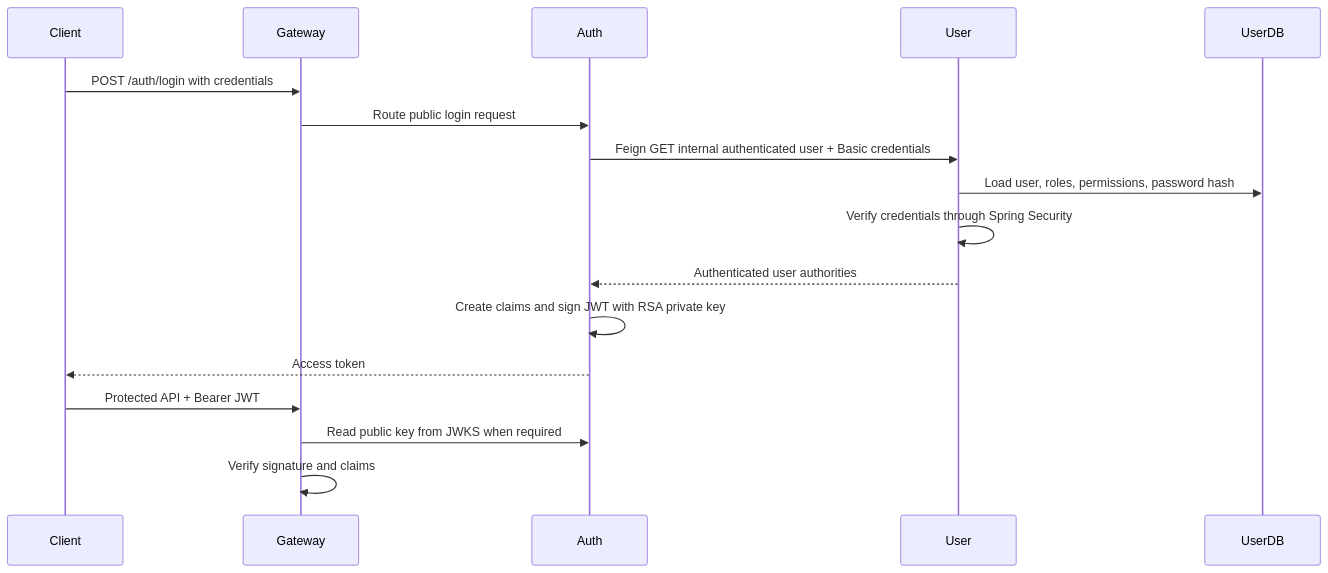
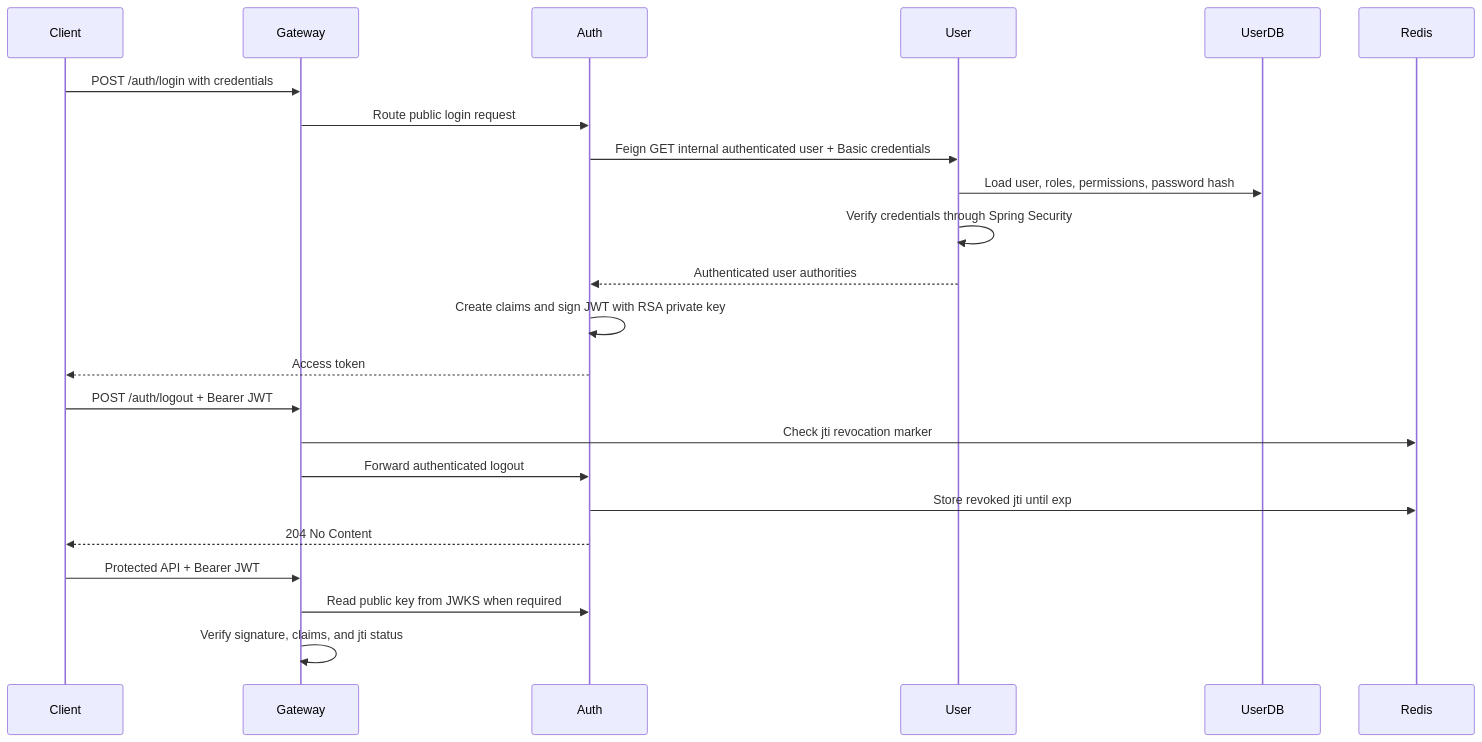
The second of 6 diagrams in docs/architecture/CHECKOUT-SECURITY-EVENT-FLOWS.md (taukhir/shopverse), drawn with Mermaid before and after one commit. The commit also changed other lines of this file and 213 other files, not shown here.

````diff
--- a/docs/architecture/CHECKOUT-SECURITY-EVENT-FLOWS.md
+++ b/docs/architecture/CHECKOUT-SECURITY-EVENT-FLOWS.md
@@ -30,20 +30,26 @@
 ```mermaid
 sequenceDiagram
     participant Client
     participant Gateway
     participant Auth
     participant User
     participant UserDB
+    participant Redis
 
     Client->>Gateway: POST /auth/login with credentials
     Gateway->>Auth: Route public login request
     Auth->>User: Feign GET internal authenticated user + Basic credentials
     User->>UserDB: Load user, roles, permissions, password hash
     User->>User: Verify credentials through Spring Security
     User-->>Auth: Authenticated user authorities
     Auth->>Auth: Create claims and sign JWT with RSA private key
     Auth-->>Client: Access token
+    Client->>Gateway: POST /auth/logout + Bearer JWT
+    Gateway->>Redis: Check jti revocation marker
+    Gateway->>Auth: Forward authenticated logout
+    Auth->>Redis: Store revoked jti until exp
+    Auth-->>Client: 204 No Content
     Client->>Gateway: Protected API + Bearer JWT
     Gateway->>Auth: Read public key from JWKS when required
-    Gateway->>Gateway: Verify signature and claims
+    Gateway->>Gateway: Verify signature, claims, and jti status
 ```
````
